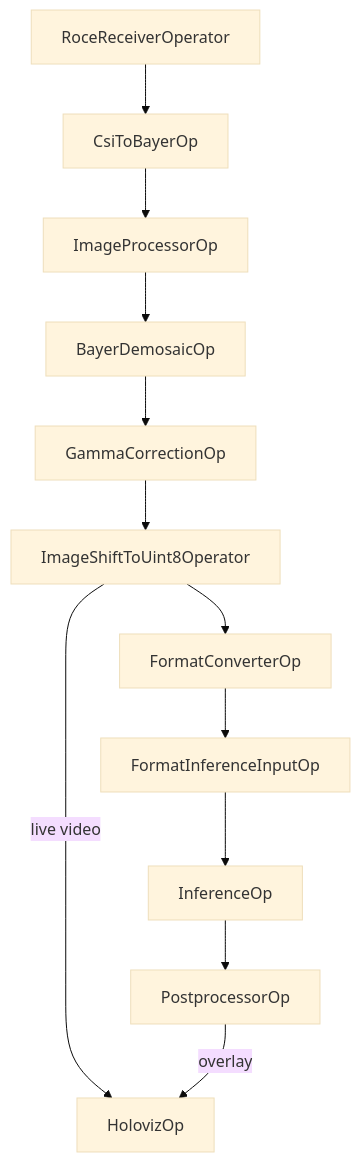
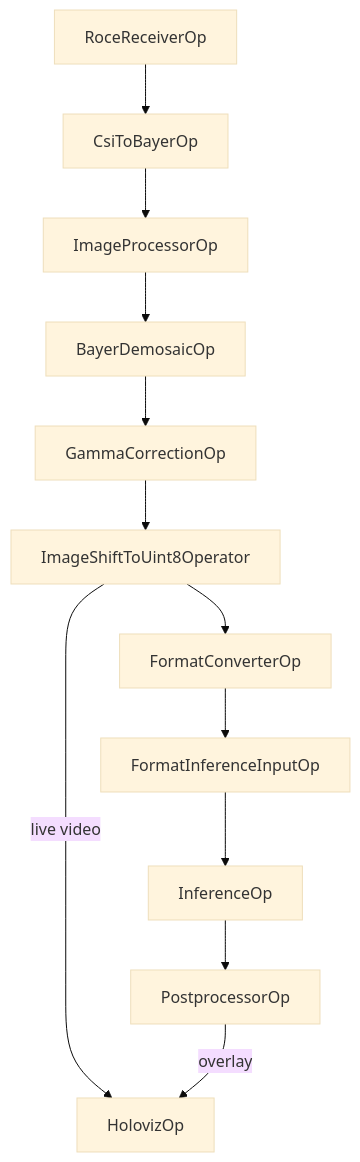
One commit to nvidia-holoscan/holoscan-sensor-bridge changed the second of 5 diagrams in docs/user_guide/applications.md. Above: the diagram before and after it, drawn with Mermaid. The commit also changed other lines of this file and 119 other files, not shown here.

````diff
--- a/docs/user_guide/applications.md
+++ b/docs/user_guide/applications.md
@@ -229,19 +329,19 @@
 ```{mermaid}
 :align: center
 :caption: IMX274 Player with Inference
 
 %%{init: {"theme": "base", "themeVariables": { }} }%%
 
 graph
-    r[RoceReceiverOperator] --> c[CsiToBayerOp]
+    r[RoceReceiverOp] --> c[CsiToBayerOp]
     c --> i[ImageProcessorOp]
     i --> d[BayerDemosaicOp]
     d --> g[GammaCorrectionOp]
     g --> s[ImageShiftToUint8Operator]
     s --> p[FormatConverterOp]
     p --> fi[FormatInferenceInputOp]
     fi --> in[InferenceOp]
     in --> pf[PostprocessorOp]
     s -- live video --> v[HolovizOp]
     pf -- overlay --> v
 ```
````
